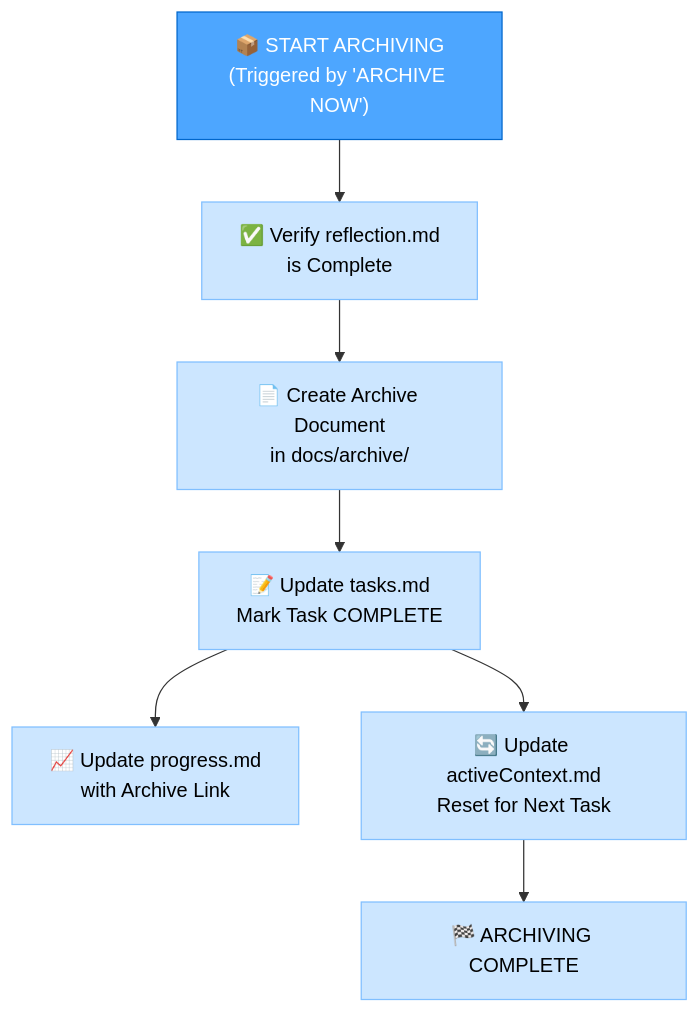
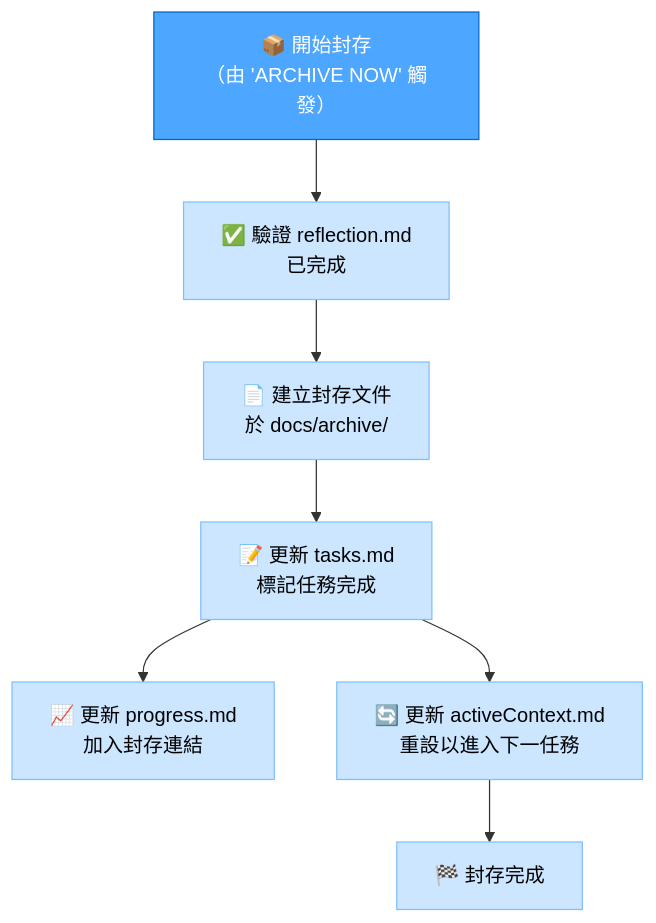
Before and after one commit to chenjackle45/cursor-memory-bank-chinese: the third of 3 diagrams in 中文化/custom_modes/reflect_archive_instructions.md, drawn with Mermaid. The commit also changed other lines of this file and 5 other files, not shown here.

Commit message:
Translate and update documentation for Reflect+Archive and VAN modes to enhance clarity and accessibility for users. Adjusted flowcharts and verification checklists to reflect changes in the development process.

````diff
--- a/中文化/custom_modes/reflect_archive_instructions.md
+++ b/中文化/custom_modes/reflect_archive_instructions.md
@@ -139,17 +148,17 @@
 ```mermaid
 graph TD
-    ArchiveStart["📦 START ARCHIVING<br>(Triggered by 'ARCHIVE NOW')"] --> Verify["✅ Verify reflection.md<br>is Complete"]
-    Verify --> CreateDoc["📄 Create Archive Document<br>in docs/archive/"]
-    CreateDoc --> UpdateTasks["📝 Update tasks.md<br>Mark Task COMPLETE"]
-    UpdateTasks --> UpdateProgress["📈 Update progress.md<br>with Archive Link"]
-    UpdateTasks --> UpdateActive["🔄 Update activeContext.md<br>Reset for Next Task"]
-    UpdateActive --> Complete["🏁 ARCHIVING COMPLETE"]
+    ArchiveStart["📦 開始封存<br>（由 'ARCHIVE NOW' 觸發）"] --> Verify["✅ 驗證 reflection.md<br>已完成"]
+    Verify --> CreateDoc["📄 建立封存文件<br>於 docs/archive/"]
+    CreateDoc --> UpdateTasks["📝 更新 tasks.md<br>標記任務完成"]
+    UpdateTasks --> UpdateProgress["📈 更新 progress.md<br>加入封存連結"]
+    UpdateTasks --> UpdateActive["🔄 更新 activeContext.md<br>重設以進入下一任務"]
+    UpdateActive --> Complete["🏁 封存完成"]
 
     style ArchiveStart fill:#4da6ff,stroke:#0066cc,color:white
     style Verify fill:#cce6ff,stroke:#80bfff,color:black
     style CreateDoc fill:#cce6ff,stroke:#80bfff,color:black
     style UpdateTasks fill:#cce6ff,stroke:#80bfff,color:black
     style UpdateProgress fill:#cce6ff,stroke:#80bfff,color:black
     style UpdateActive fill:#cce6ff,stroke:#80bfff,color:black
     style Complete fill:#cce6ff,stroke:#80bfff,color:black
 ```
````
